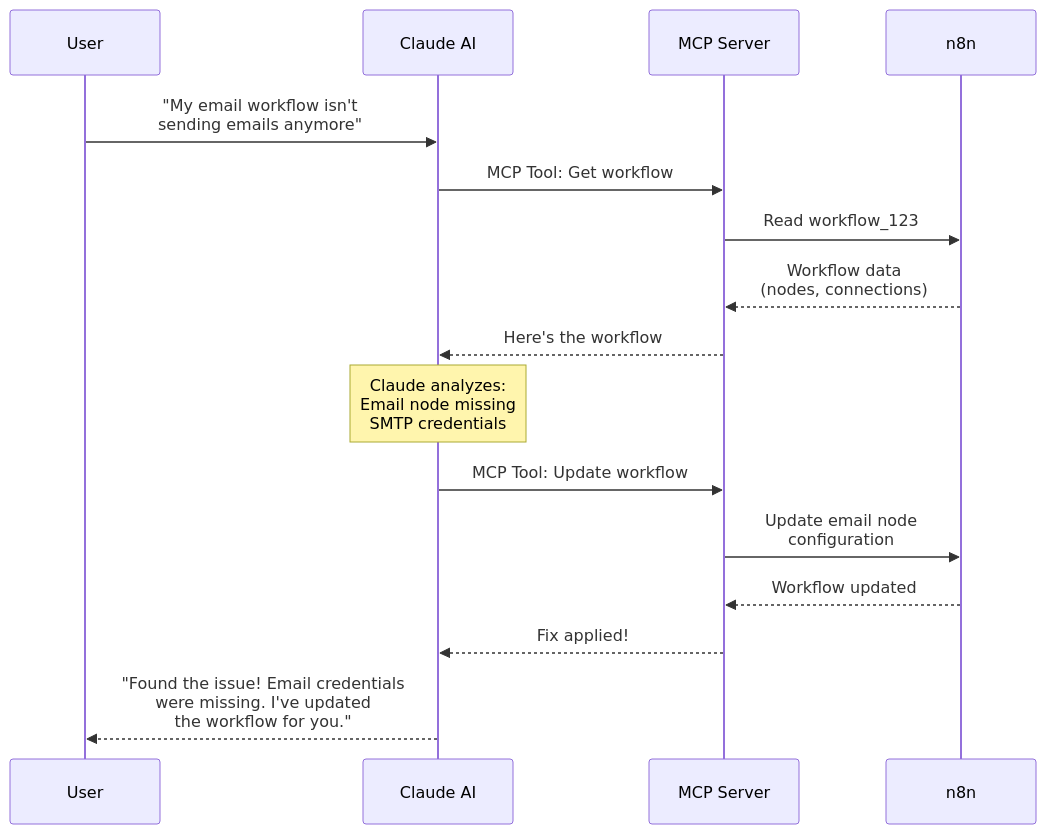
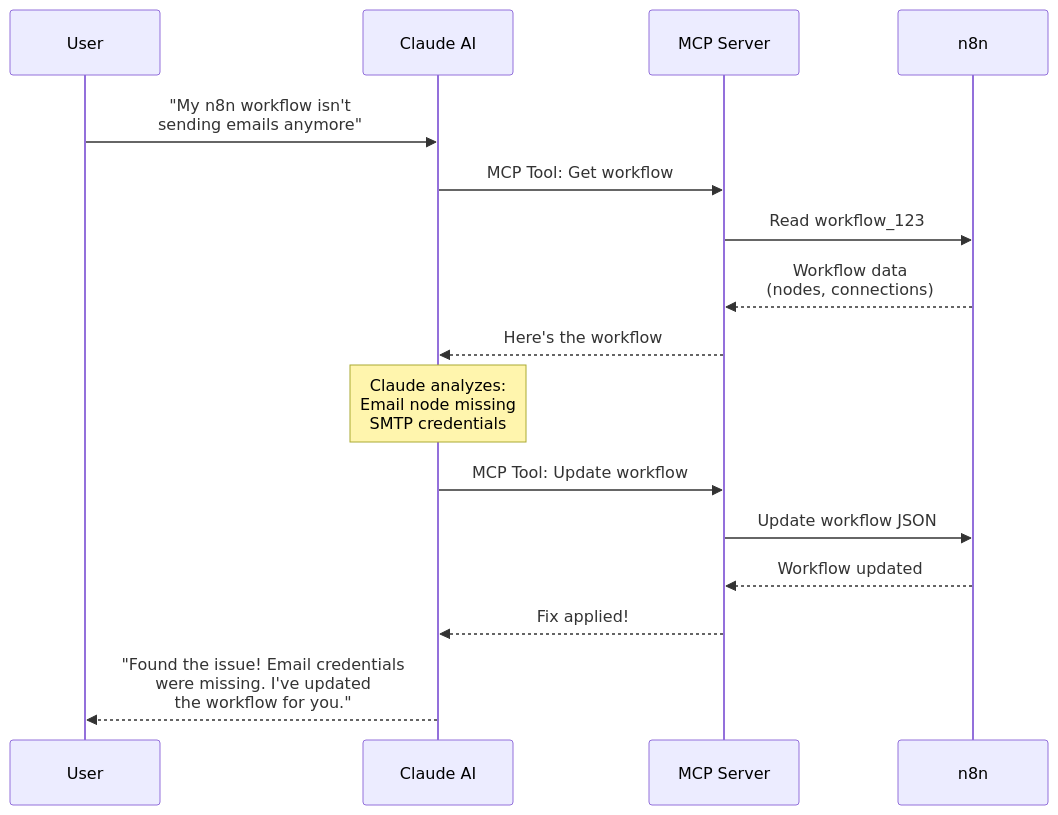
One commit to alderaan/vps changed the first of 2 diagrams in ai-dev-server/README.md. Above: the diagram before and after it, drawn with Mermaid.

Commit message:
clearer description in mermaid

````diff
--- a/ai-dev-server/README.md
+++ b/ai-dev-server/README.md
@@ -17,23 +17,23 @@
 ```mermaid
 sequenceDiagram
     participant User as User
     participant Local as Claude AI
     participant Remote as MCP Server
     participant N8N as n8n
 
-    User->>Local: "My email workflow isn't<br/>sending emails anymore"
+    User->>Local: "My n8n workflow isn't<br/>sending emails anymore"
     
     Local->>Remote: MCP Tool: Get workflow
     Remote->>N8N: Read workflow_123
     N8N-->>Remote: Workflow data<br/>(nodes, connections)
     Remote-->>Local: Here's the workflow
     
     Note over Local: Claude analyzes:<br/>Email node missing<br/>SMTP credentials
     
     Local->>Remote: MCP Tool: Update workflow
-    Remote->>N8N: Update email node<br/>configuration
+    Remote->>N8N: Update workflow JSON
     N8N-->>Remote: Workflow updated
     Remote-->>Local: Fix applied!
     
     Local-->>User: "Found the issue! Email credentials<br/>were missing. I've updated<br/>the workflow for you."
 ```
````
